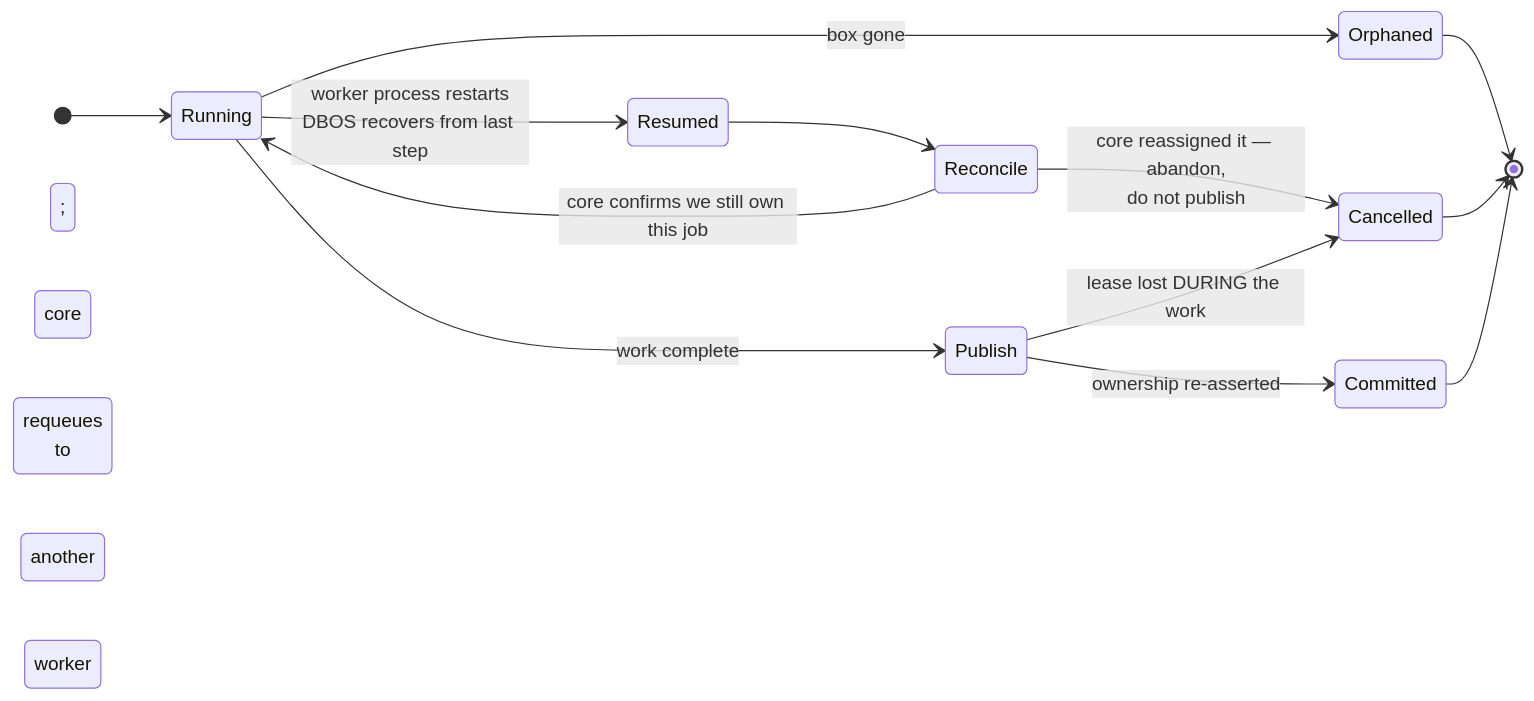
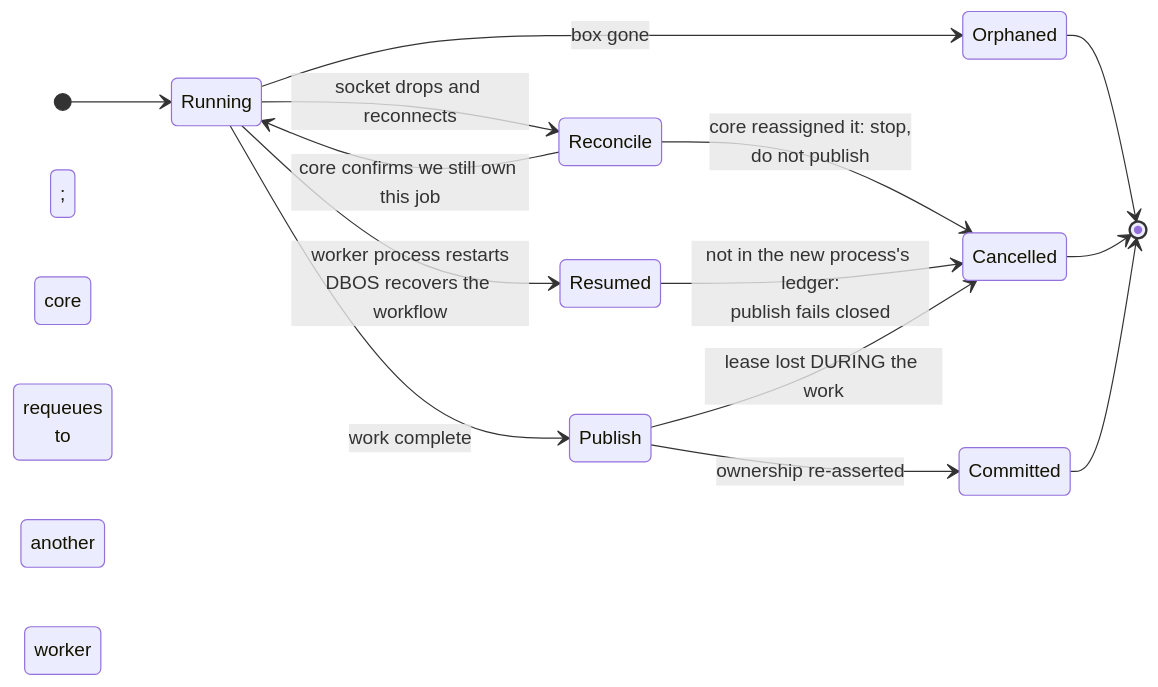
One commit to OnlyOneByte/Encore changed the third of 3 diagrams in worker/README.md. Above: the diagram before and after it, drawn with Mermaid. The commit also changed other lines of this file, not shown here.

Commit message:
docs(worker): the worker README describes the worker, not a diff from the old one

````diff
--- a/worker/README.md
+++ b/worker/README.md
@@ -359,16 +211,17 @@
 ```mermaid
 stateDiagram-v2
     direction LR
     [*] --> Running
-    Running --> Resumed : worker process restarts<br/>DBOS recovers from last step
-    Resumed --> Reconcile
+    Running --> Reconcile : socket drops and reconnects
+    Reconcile --> Running : core confirms we still own this job
+    Reconcile --> Cancelled : core reassigned it: stop,<br/>do not publish
+    Running --> Resumed : worker process restarts<br/>DBOS recovers the workflow
+    Resumed --> Cancelled : not in the new process's ledger:<br/>publish fails closed
     Running --> Orphaned : box gone; core requeues<br/>to another worker
-    Reconcile --> Running : core confirms we still own this job
-    Reconcile --> Cancelled : core reassigned it — abandon,<br/>do not publish
     Running --> Publish : work complete
     Publish --> Committed : ownership re-asserted
     Publish --> Cancelled : lease lost DURING the work
     Orphaned --> [*]
     Cancelled --> [*]
     Committed --> [*]
 ```
````
